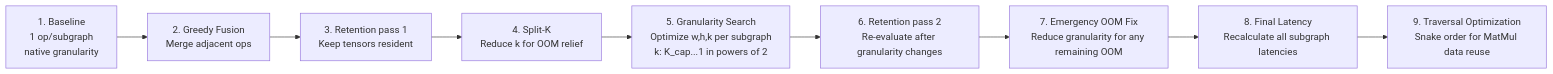
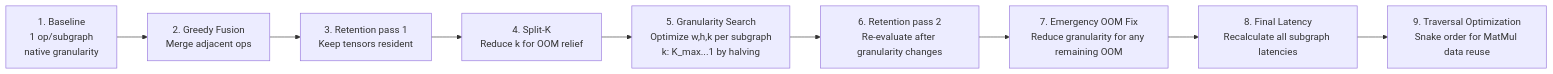
One commit to melroyanthony/MLSys changed the fourth of 4 diagrams in solution/docs/architecture/data-flow.md. Above: the diagram before and after it, drawn with Mermaid. The commit also changed other lines of this file and 10 other files, not shown here.

````diff
--- a/solution/docs/architecture/data-flow.md
+++ b/solution/docs/architecture/data-flow.md
@@ -132,14 +132,14 @@
 ```mermaid
 flowchart LR
     S1[1. Baseline<br>1 op/subgraph<br>native granularity]
     S2[2. Greedy Fusion<br>Merge adjacent ops]
     S3[3. Retention pass 1<br>Keep tensors resident]
     S4[4. Split-K<br>Reduce k for OOM relief]
-    S5[5. Granularity Search<br>Optimize w,h,k per subgraph<br>k: K_cap...1 in powers of 2]
+    S5[5. Granularity Search<br>Optimize w,h,k per subgraph<br>k: K_max...1 by halving]
     S6[6. Retention pass 2<br>Re-evaluate after granularity changes]
     S7[7. Emergency OOM Fix<br>Reduce granularity for any remaining OOM]
     S8[8. Final Latency<br>Recalculate all subgraph latencies]
     S9[9. Traversal Optimization<br>Snake order for MatMul data reuse]
 
     S1 --> S2 --> S3 --> S4 --> S5 --> S6 --> S7 --> S8 --> S9
 ```
````
